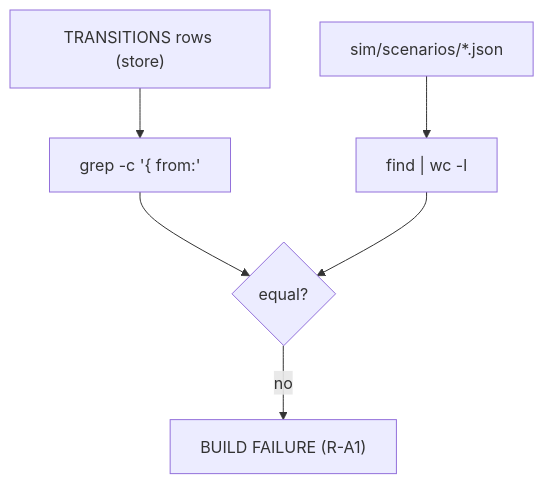
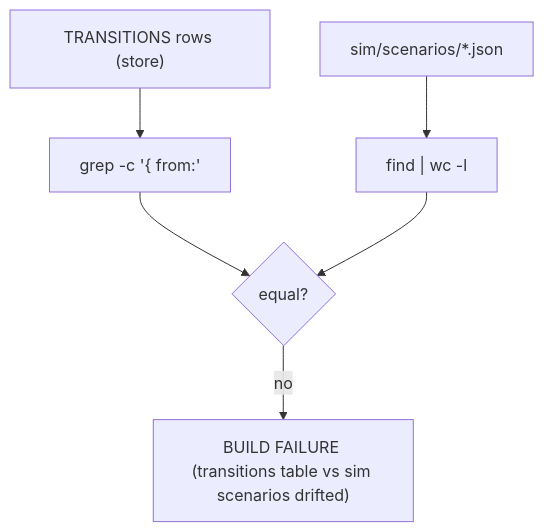
Before and after one commit to inctasoft/setpoint-evals-dtm-examples: the diagram in setpoint-evals/SE-38-agent-forest-transitions-count/README.md, drawn with Mermaid. The commit also changed other lines of this file and 22 other files, not shown here.

````diff
--- a/setpoint-evals/SE-38-agent-forest-transitions-count/README.md
+++ b/setpoint-evals/SE-38-agent-forest-transitions-count/README.md
@@ -20,8 +20,8 @@
 ```mermaid
 flowchart TD
   T["TRANSITIONS rows (store)"] --> C["grep -c '{ from:'"]
   S["sim/scenarios/*.json"] --> D["find | wc -l"]
   C --> E{"equal?"}
   D --> E
-  E -- no --> F["BUILD FAILURE (R-A1)"]
+  E -- no --> F["BUILD FAILURE (transitions table vs sim scenarios drifted)"]
 ```
````
